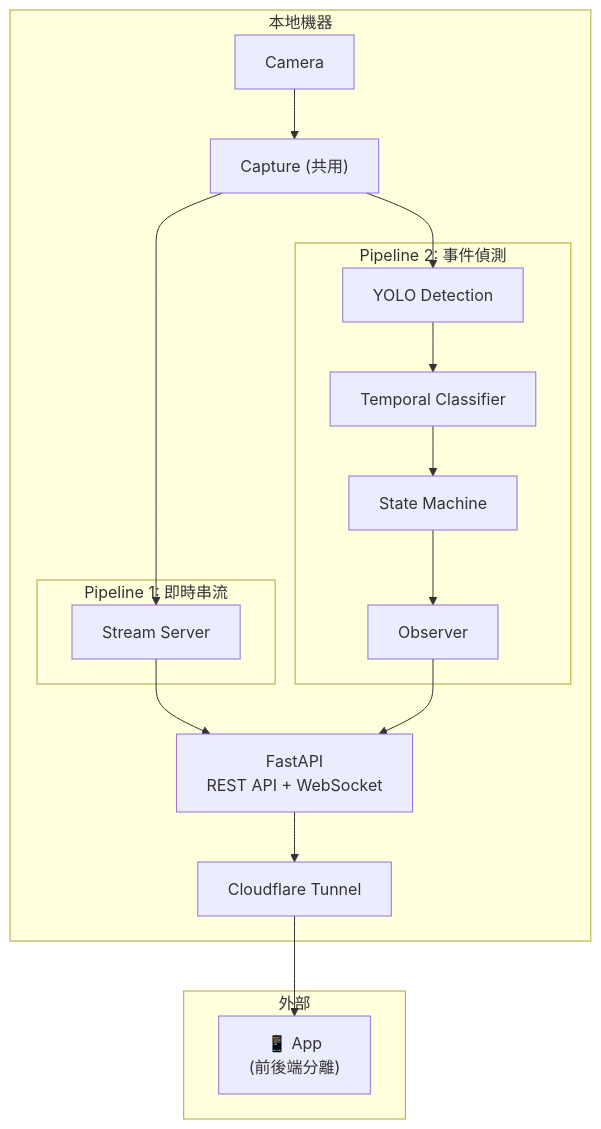
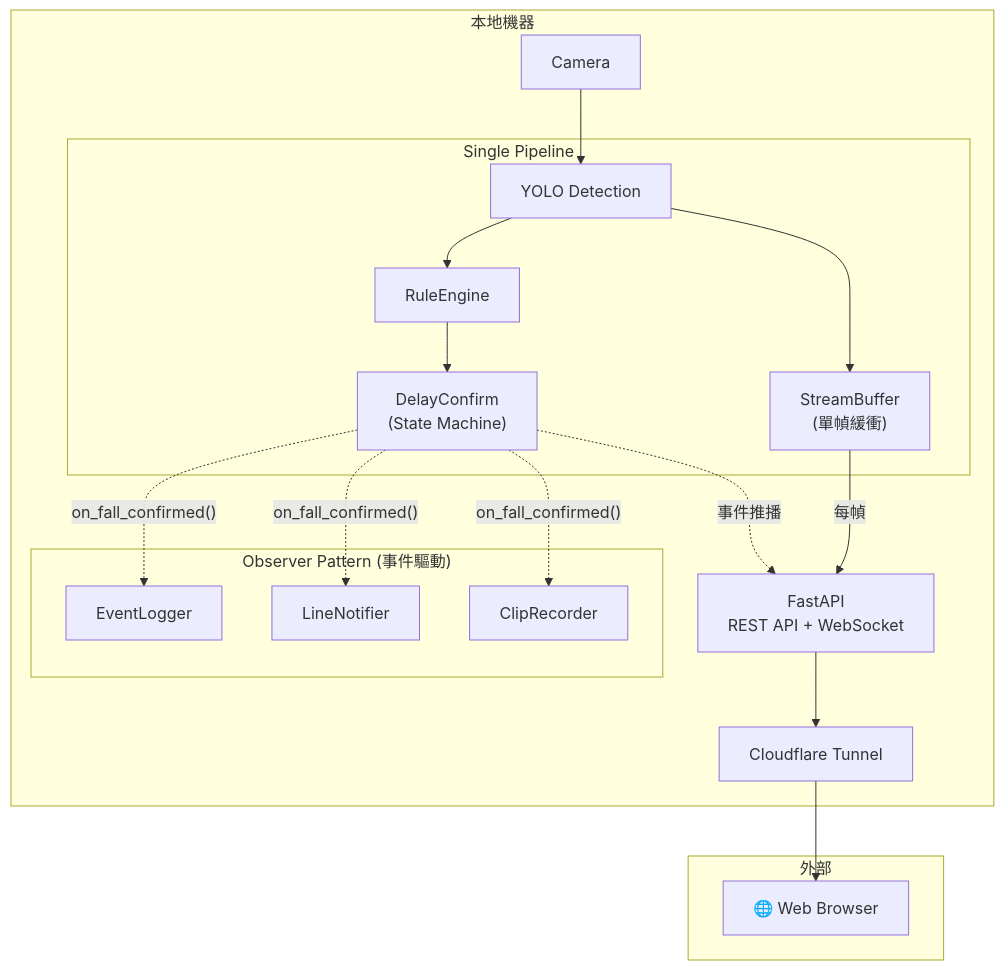
Before and after one commit to kionce57/FDS: the diagram in docs/plans/2026-01-06-home-monitoring-app-draft.md, drawn with Mermaid. The commit also changed other lines of this file, not shown here.

First line of the commit message:
docs: refactor home-monitoring-app to single pipeline + StreamBuffer

````diff
--- a/docs/plans/2026-01-06-home-monitoring-app-draft.md
+++ b/docs/plans/2026-01-06-home-monitoring-app-draft.md
@@ -30,38 +40,40 @@
 ```mermaid
 graph TD
     subgraph Local["本地機器"]
         Camera["Camera"]
-        Capture["Capture (共用)"]
-        
-        subgraph P1["Pipeline 1: 即時串流"]
-            StreamServer["Stream Server"]
+
+        subgraph Pipeline["Single Pipeline"]
+            Detector["YOLO Detection"]
+            StreamBuffer["StreamBuffer<br/>(單幀緩衝)"]
+            RuleEngine["RuleEngine"]
+            DelayConfirm["DelayConfirm<br/>(State Machine)"]
         end
-        
-        subgraph P2["Pipeline 2: 事件偵測"]
-            YOLO["YOLO Detection"]
-            Classifier["Temporal Classifier"]
-            StateMachine["State Machine"]
-            Observer["Observer"]
+
+        subgraph Observers["Observer Pattern (事件驅動)"]
+            EventLogger["EventLogger"]
+            LineNotifier["LineNotifier"]
+            ClipRecorder["ClipRecorder"]
         end
-        
+
         API["FastAPI<br/>REST API + WebSocket"]
         Tunnel["Cloudflare Tunnel"]
-        
-        Camera --> Capture
-        Capture --> StreamServer
-        Capture --> YOLO
-        YOLO --> Classifier
-        Classifier --> StateMachine
-        StateMachine --> Observer
-        
-        StreamServer --> API
-        Observer --> API
+
+        Camera --> Detector
+        Detector --> StreamBuffer
+        Detector --> RuleEngine
+        RuleEngine --> DelayConfirm
+        DelayConfirm -.->|"on_fall_confirmed()"| EventLogger
+        DelayConfirm -.->|"on_fall_confirmed()"| LineNotifier
+        DelayConfirm -.->|"on_fall_confirmed()"| ClipRecorder
+
+        StreamBuffer -->|"每幀"| API
+        DelayConfirm -.->|"事件推播"| API
         API --> Tunnel
     end
-    
+
     subgraph External["外部"]
-        App["📱 App<br/>(前後端分離)"]
+        Web["🌐 Web Browser"]
     end
-    
-    Tunnel --> App
+
+    Tunnel --> Web
 ```
````
